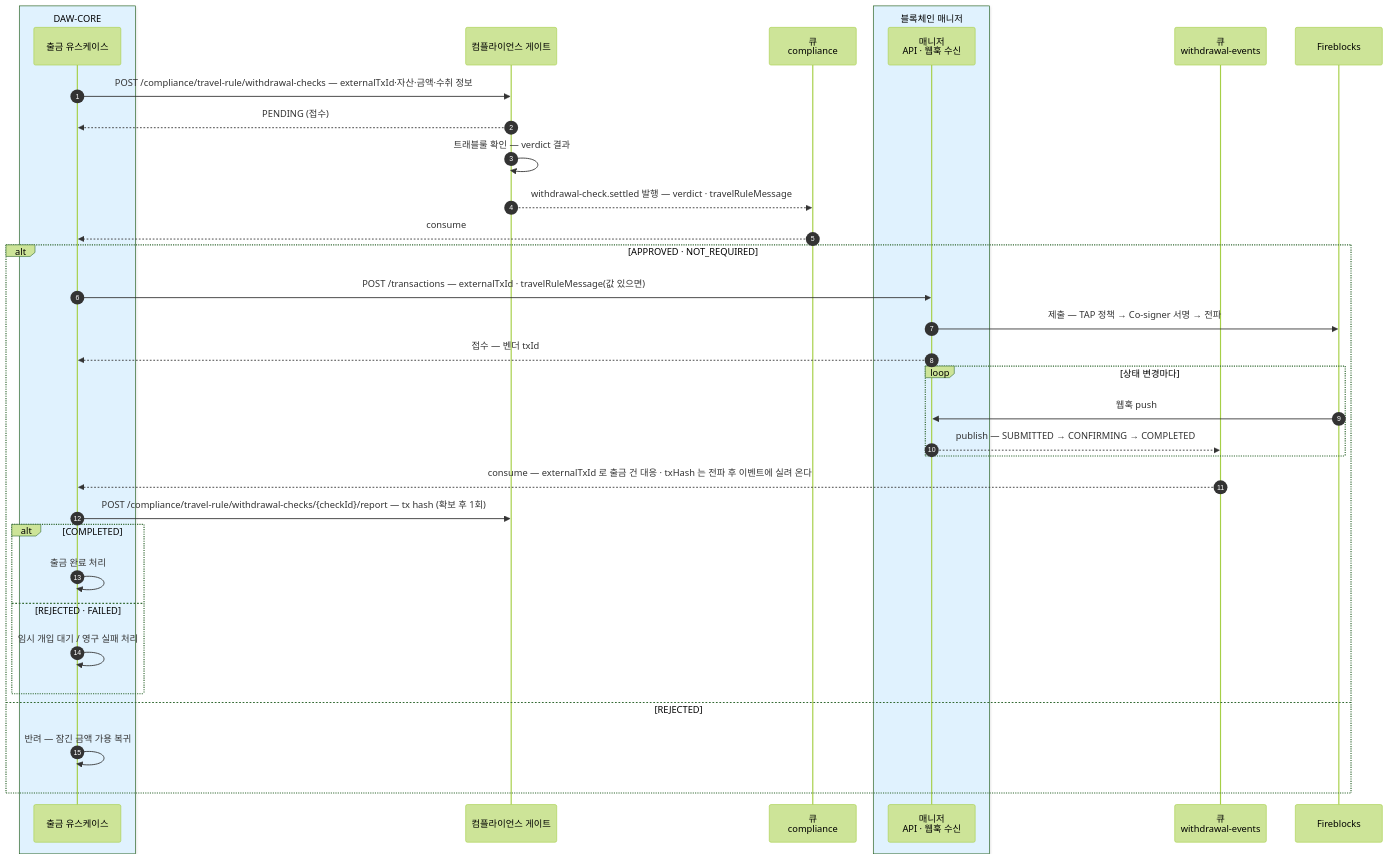
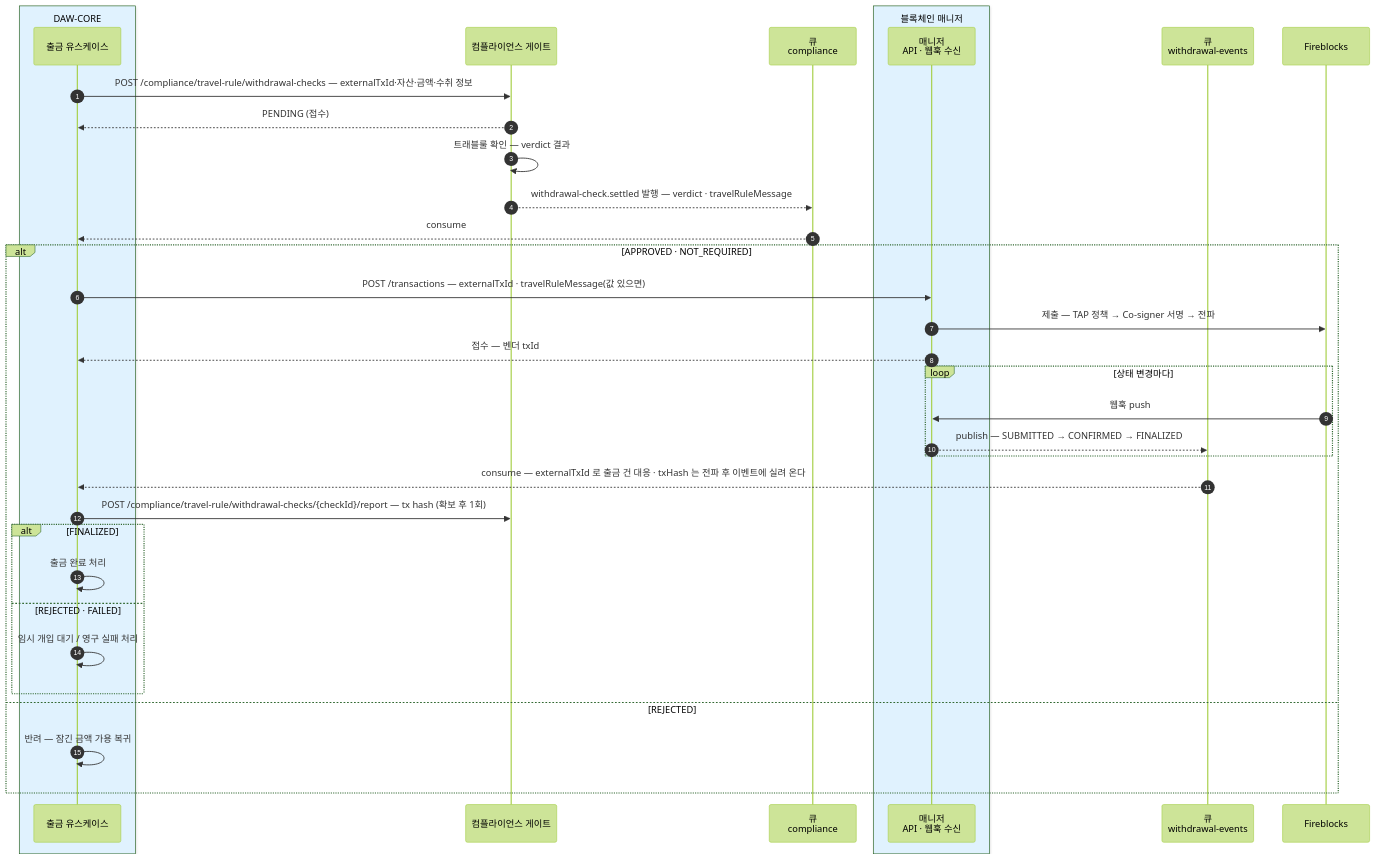
Before and after one commit to eunsujeo/eunpus: the second of 3 diagrams in blockchain-manager/docs/BC/설계/01-infra.md, drawn with Mermaid (forest theme). The commit also changed other lines of this file and 17 other files, not shown here.

First line of the commit message:
TxStatus 계약 어휘 개명 — CONFIRMING→CONFIRMED, COMPLETED→FINALIZED

````diff
--- a/blockchain-manager/docs/BC/설계/01-infra.md
+++ b/blockchain-manager/docs/BC/설계/01-infra.md
@@ -145,38 +145,38 @@
 ```mermaid
 sequenceDiagram
     autonumber
     box rgb(224,242,254) DAW-CORE
     participant BE as 출금 유스케이스
     end
     participant CP as 컴플라이언스 게이트
     participant MQC as 큐<br/>compliance
     box rgb(224,242,254) 블록체인 매니저
     participant BM as 매니저<br/>API · 웹훅 수신
     end
     participant MQ as 큐<br/>withdrawal-events
     participant FB as Fireblocks
 
     BE->>CP: POST /compliance/travel-rule/withdrawal-checks — externalTxId·자산·금액·수취 정보
     CP-->>BE: PENDING (접수)
     CP->>CP: 트래블룰 확인 — verdict 결과
     CP-->>MQC: withdrawal-check.settled 발행 — verdict · travelRuleMessage
     MQC-->>BE: consume
     alt APPROVED · NOT_REQUIRED
         BE->>BM: POST /transactions — externalTxId · travelRuleMessage(값 있으면)
         BM->>FB: 제출 — TAP 정책 → Co-signer 서명 → 전파
         BM-->>BE: 접수 — 벤더 txId
         loop 상태 변경마다
             FB->>BM: 웹훅 push
-            BM-->>MQ: publish — SUBMITTED → CONFIRMING → COMPLETED
+            BM-->>MQ: publish — SUBMITTED → CONFIRMED → FINALIZED
         end
         MQ-->>BE: consume — externalTxId 로 출금 건 대응 · txHash 는 전파 후 이벤트에 실려 온다
         BE->>CP: POST /compliance/travel-rule/withdrawal-checks/{checkId}/report — tx hash (확보 후 1회)
-        alt COMPLETED
+        alt FINALIZED
             BE->>BE: 출금 완료 처리
         else REJECTED · FAILED
             BE->>BE: 임시 개입 대기 / 영구 실패 처리
         end
     else REJECTED
         BE->>BE: 반려 — 잠긴 금액 가용 복귀
     end
 ```
````
